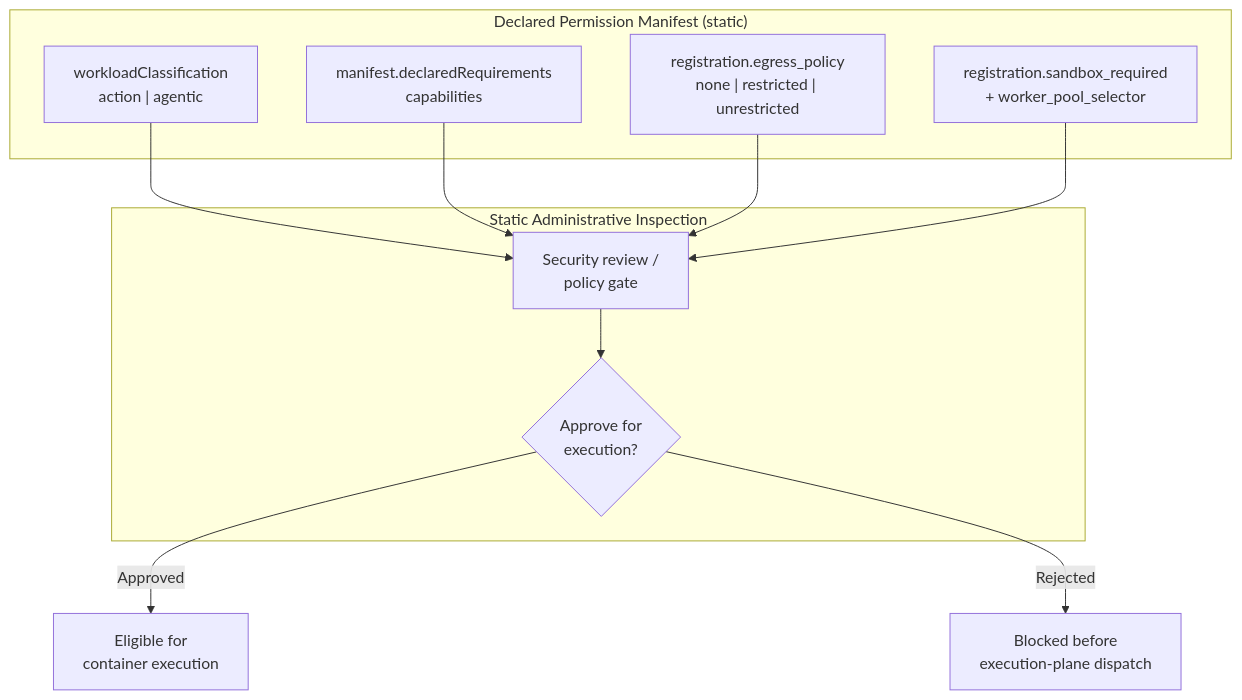
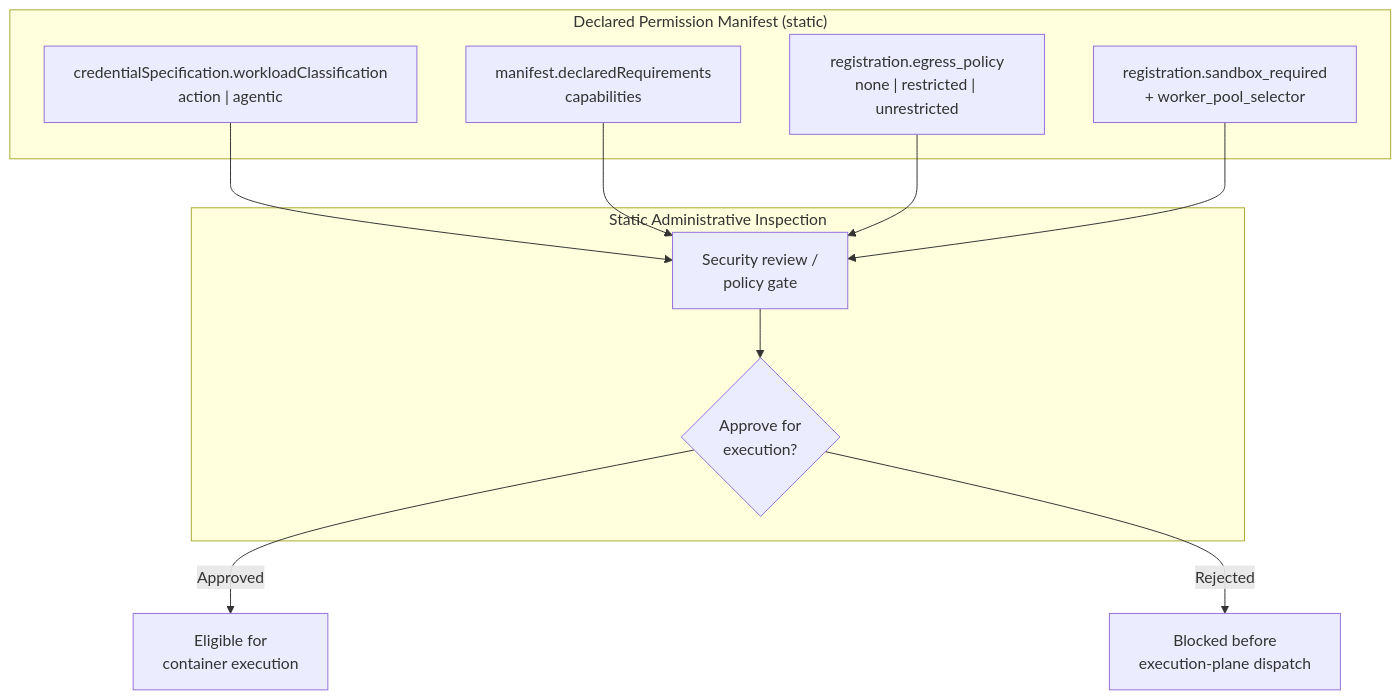
Before and after one commit to syntara-orchestration/syntara-node-sdk: the seventh of 7 diagrams in docs/architecture.md, drawn with Mermaid. The commit also changed other lines of this file and 5 other files, not shown here.

Commit message:
docs: add control plane execution diagrams for nodes and refine credential spec

````diff
--- a/docs/architecture.md
+++ b/docs/architecture.md
@@ -415,22 +530,22 @@
 ```mermaid
 graph TB
     subgraph MANIFEST["Declared Permission Manifest (static)"]
-        WC["workloadClassification<br/>action | agentic"]
+        WC["credentialSpecification.workloadClassification<br/>action | agentic"]
         REQS["manifest.declaredRequirements<br/>capabilities"]
         CONN["registration.egress_policy<br/>none | restricted | unrestricted"]
         CAPS["registration.sandbox_required<br/>+ worker_pool_selector"]
     end
 
     subgraph AUDIT["Static Administrative Inspection"]
         REVIEW["Security review /<br/>policy gate"]
         DECISION{"Approve for<br/>execution?"}
     end
 
     WC --> REVIEW
     REQS --> REVIEW
     CONN --> REVIEW
     CAPS --> REVIEW
     REVIEW --> DECISION
     DECISION -->|Approved| ALLOW["Eligible for<br/>container execution"]
     DECISION -->|Rejected| BLOCK["Blocked before<br/>execution-plane dispatch"]
 ```
````
